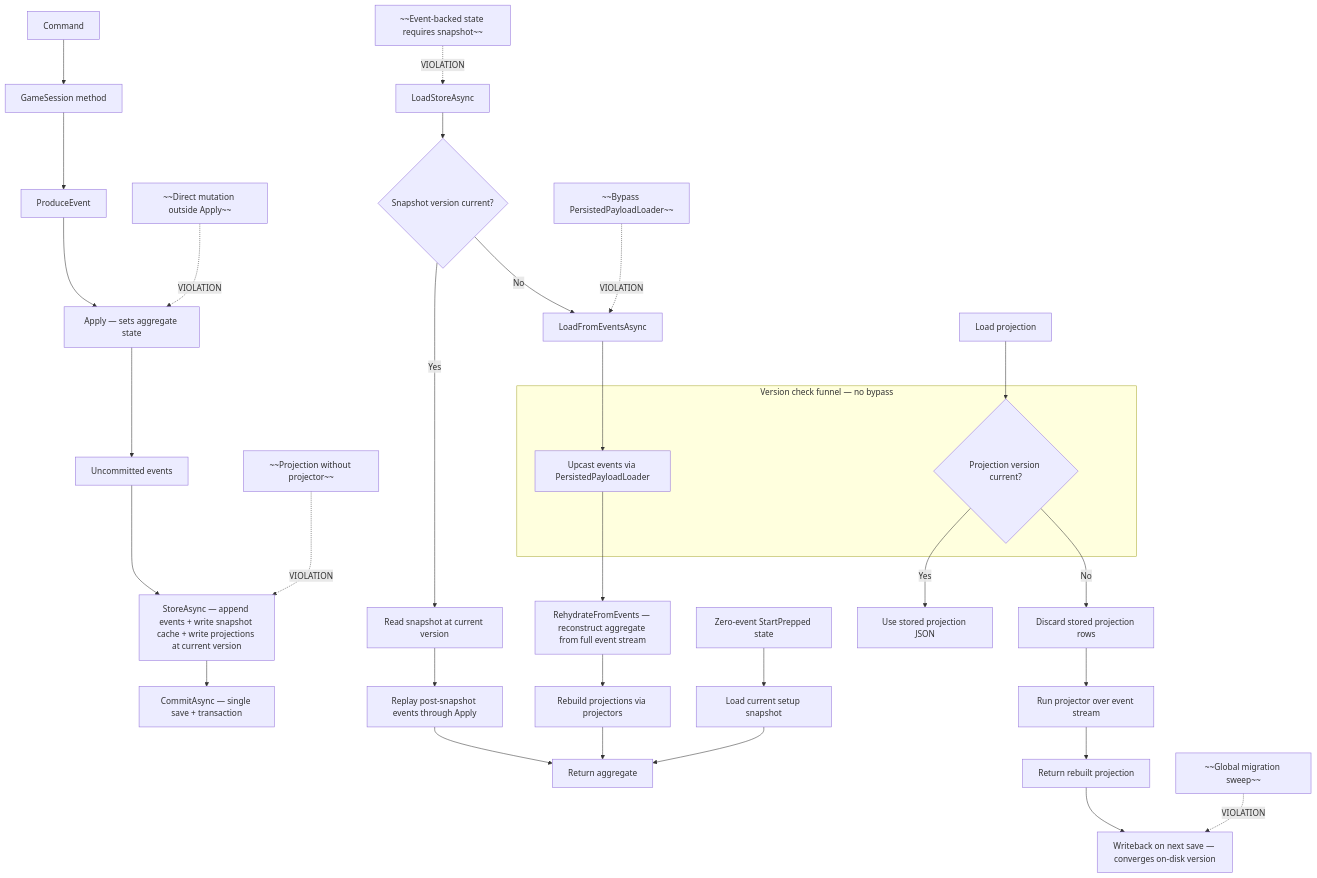
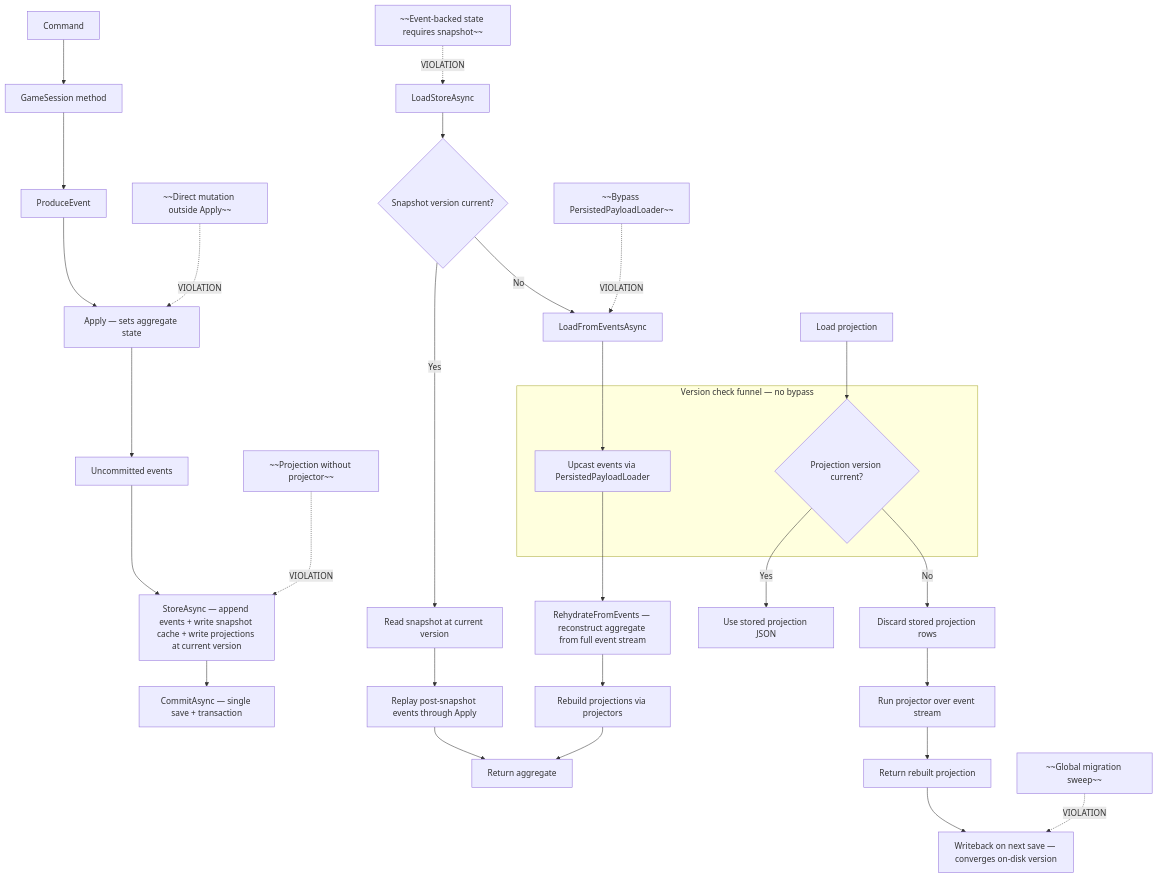
One commit to HarleyBartles/wild-bunch changed the diagram in .agents/doctrine/event-sourcing-integrity.md. Above: the diagram before and after it, drawn with Mermaid. The commit also changed other lines of this file and 90 other files, not shown here.

````diff
--- a/.agents/doctrine/event-sourcing-integrity.md
+++ b/.agents/doctrine/event-sourcing-integrity.md
@@ -98,48 +59,44 @@
 ```mermaid
 flowchart TD
     %% Command path
     Cmd[Command] --> GS[GameSession method]
     GS --> PE[ProduceEvent]
     PE --> Apply[Apply — sets aggregate state]
     Apply --> UE[Uncommitted events]
     UE --> Store[StoreAsync — append events + write snapshot cache + write projections at current version]
     Store --> Commit[CommitAsync — single save + transaction]
 
     %% Load fast path (snapshot current)
     Load[LoadStoreAsync] --> CheckVer{Snapshot version current?}
     CheckVer -->|Yes| ReadSnap[Read snapshot at current version]
     ReadSnap --> ReplayPost[Replay post-snapshot events through Apply]
     ReplayPost --> ReturnAgg[Return aggregate]
 
     %% Load full replay path (snapshot stale/missing/corrupted)
     CheckVer -->|No| LoadEvents[LoadFromEventsAsync]
     LoadEvents --> Upcast[Upcast events via PersistedPayloadLoader]
     Upcast --> Rehydrate[RehydrateFromEvents — reconstruct aggregate from full event stream]
     Rehydrate --> RebuildProj[Rebuild projections via projectors]
     RebuildProj --> ReturnAgg
 
-    %% Zero-event setup state has no event history to replay
-    Prep[Zero-event StartPrepped state] --> PrepSnap[Load current setup snapshot]
-    PrepSnap --> ReturnAgg
-
     %% Projection rebuild path
     LoadProj[Load projection] --> CheckProjVer{Projection version current?}
     CheckProjVer -->|Yes| UseStored[Use stored projection JSON]
     CheckProjVer -->|No| DiscardProj[Discard stored projection rows]
     DiscardProj --> RunProj[Run projector over event stream]
     RunProj --> ReturnProj[Return rebuilt projection]
     ReturnProj --> Writeback[Writeback on next save — converges on-disk version]
 
     %% Version check funnel
     subgraph Funnel [Version check funnel — no bypass]
         Upcast
         CheckProjVer
     end
 
     %% Negative constraints (violations)
     SnapRequired[~~Event-backed state requires snapshot~~] -.->|VIOLATION| Load
     DirectMut[~~Direct mutation outside Apply~~] -.->|VIOLATION| Apply
     NoProjector[~~Projection without projector~~] -.->|VIOLATION| Store
     BypassFunnel[~~Bypass PersistedPayloadLoader~~] -.->|VIOLATION| LoadEvents
     GlobalMigrate[~~Global migration sweep~~] -.->|VIOLATION| Writeback
 ```
````
